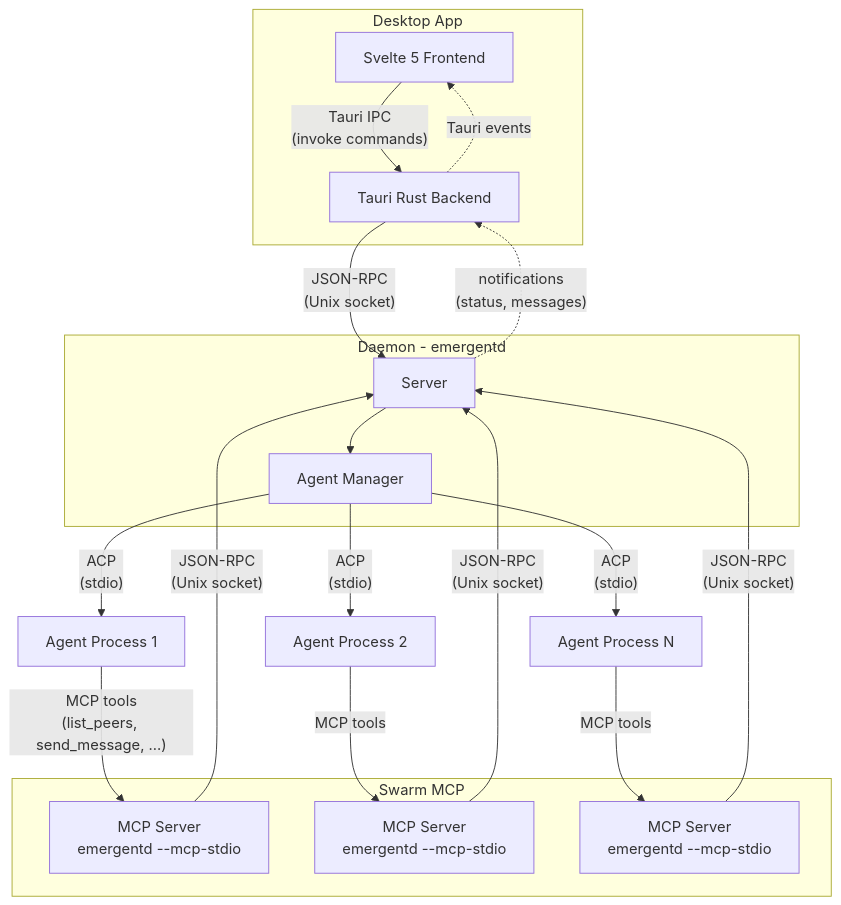
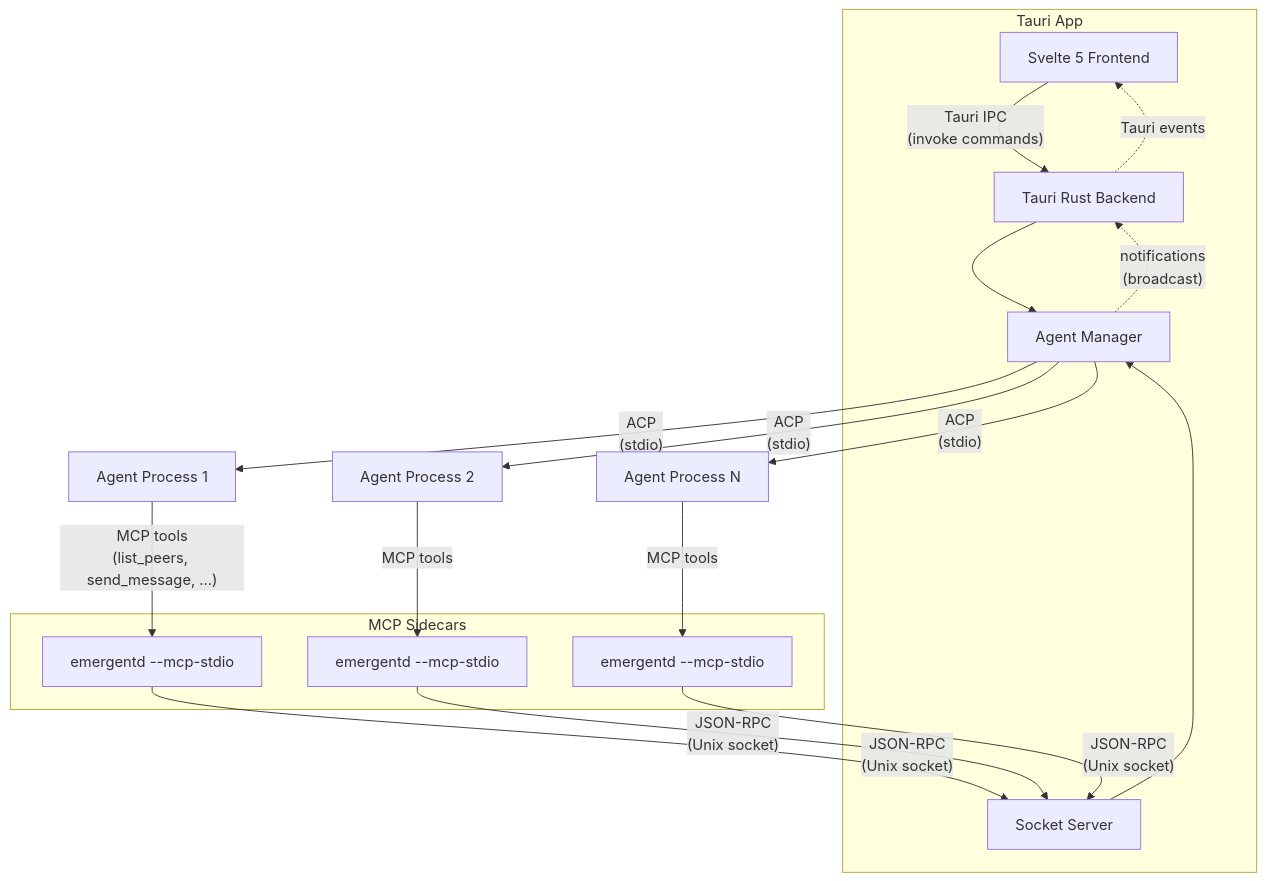
Before and after one commit to gallanoe/emergent: the diagram in README.md, drawn with Mermaid. The commit also changed other lines of this file, not shown here.

First line of the commit message:
docs: rewrite README to reflect embedded architecture and new features

````diff
--- a/README.md
+++ b/README.md
@@ -24,38 +21,34 @@
 ```mermaid
 graph TD
-    subgraph Desktop App
+    subgraph Tauri App
         UI[Svelte 5 Frontend]
         TR[Tauri Rust Backend]
+        AM[Agent Manager]
+        SS[Socket Server]
     end
 
     UI -- "Tauri IPC<br/>(invoke commands)" --> TR
-
-    TR -- "JSON-RPC<br/>(Unix socket)" --> D
-
-    subgraph emergentd [Daemon - emergentd]
-        D[Server]
-        AM[Agent Manager]
-        D --> AM
-    end
+    TR --> AM
 
     AM -- "ACP<br/>(stdio)" --> A1[Agent Process 1]
     AM -- "ACP<br/>(stdio)" --> A2[Agent Process 2]
     AM -- "ACP<br/>(stdio)" --> AN[Agent Process N]
 
-    D -. "notifications<br/>(status, messages)" .-> TR
+    AM -. "notifications<br/>(broadcast)" .-> TR
     TR -. "Tauri events" .-> UI
 
-    subgraph Swarm MCP
-        MCP1[MCP Server<br/>emergentd --mcp-stdio]
-        MCP2[MCP Server<br/>emergentd --mcp-stdio]
-        MCPN[MCP Server<br/>emergentd --mcp-stdio]
+    subgraph MCP Sidecars
+        MCP1[emergentd --mcp-stdio]
+        MCP2[emergentd --mcp-stdio]
+        MCPN[emergentd --mcp-stdio]
     end
 
     A1 -- "MCP tools<br/>(list_peers, send_message, ...)" --> MCP1
     A2 -- "MCP tools" --> MCP2
     AN -- "MCP tools" --> MCPN
 
-    MCP1 -- "JSON-RPC<br/>(Unix socket)" --> D
-    MCP2 -- "JSON-RPC<br/>(Unix socket)" --> D
-    MCPN -- "JSON-RPC<br/>(Unix socket)" --> D
+    MCP1 -- "JSON-RPC<br/>(Unix socket)" --> SS
+    MCP2 -- "JSON-RPC<br/>(Unix socket)" --> SS
+    MCPN -- "JSON-RPC<br/>(Unix socket)" --> SS
+    SS --> AM
 ```
````
